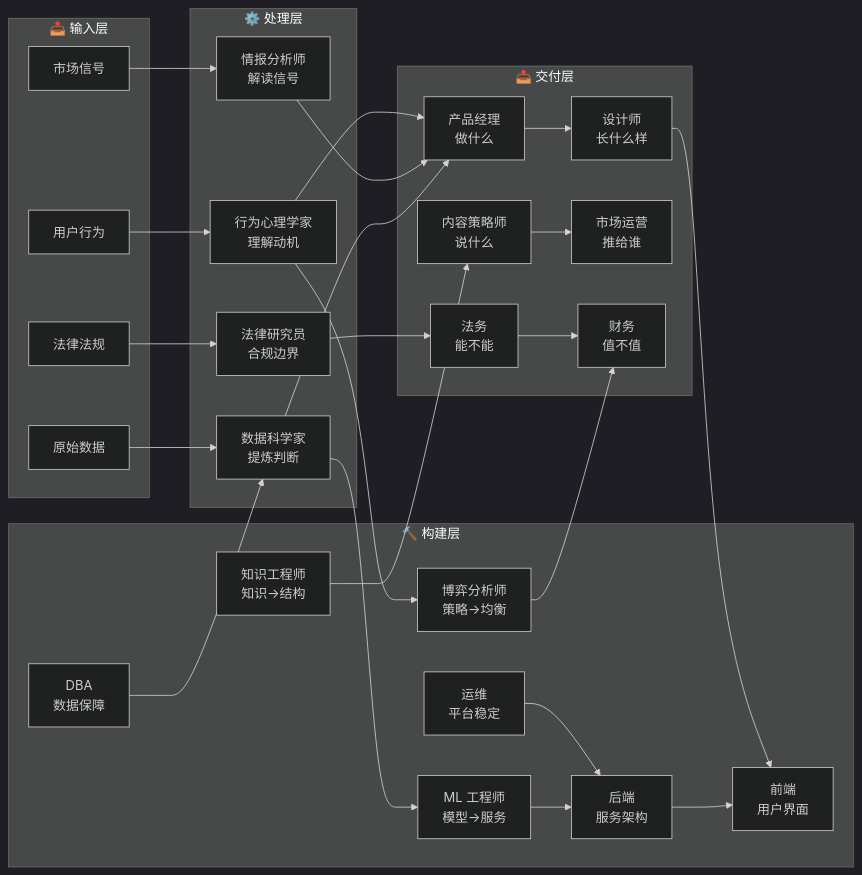
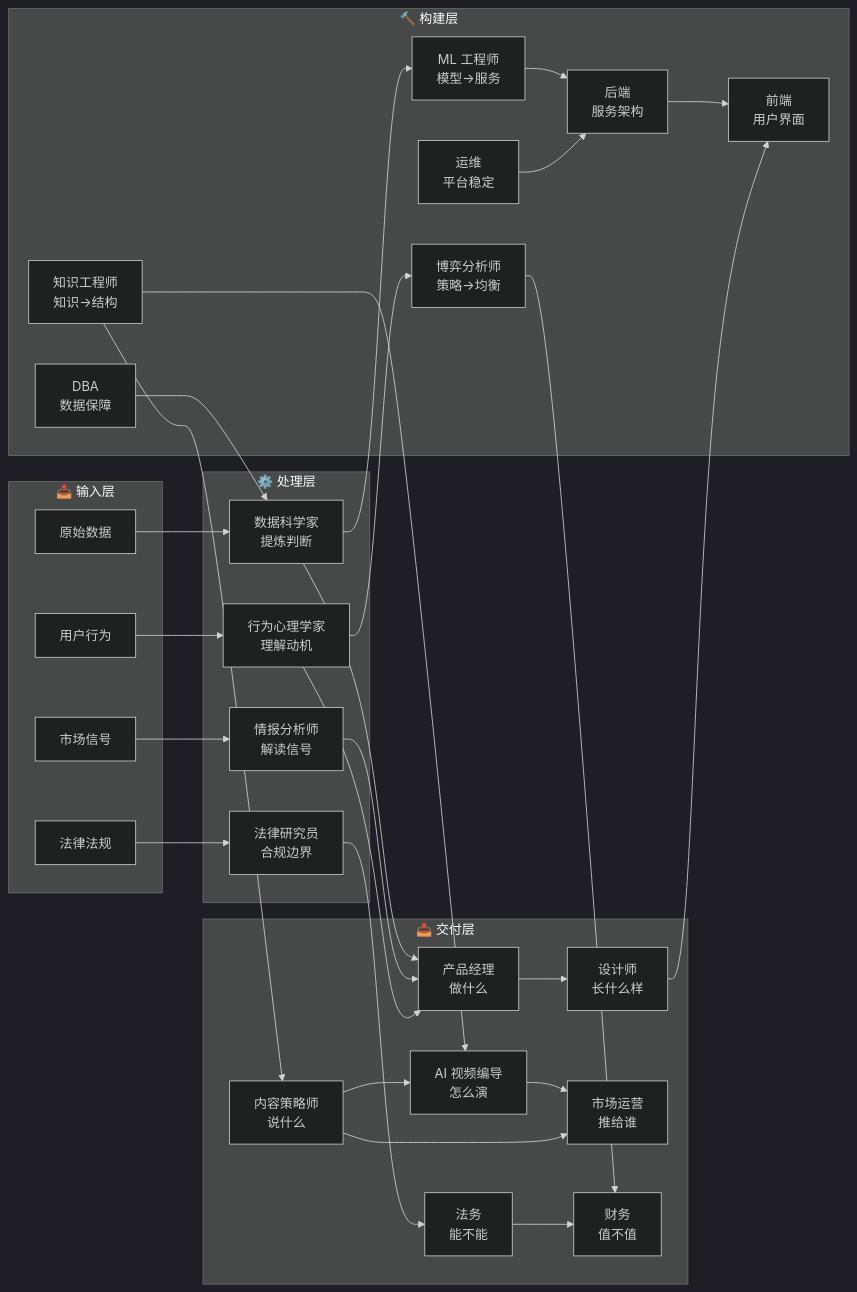
Before and after one commit to zhizhunbao/aisd: the second of 4 diagrams in knowledge-map/README.md, drawn with Mermaid (dark theme). The commit also changed other lines of this file and 14 other files, not shown here.

````diff
--- a/knowledge-map/README.md
+++ b/knowledge-map/README.md
@@ -416,59 +449,63 @@
 ```mermaid
 graph LR
     subgraph INPUT["📥 输入层"]
         DATA["原始数据"]
         MARKET["市场信号"]
         USER["用户行为"]
         LAW["法律法规"]
     end
 
     subgraph PROCESS["⚙️ 处理层"]
         DS["数据科学家<br/>提炼判断"]
         INT["情报分析师<br/>解读信号"]
         BP["行为心理学家<br/>理解动机"]
         CLR["法律研究员<br/>合规边界"]
     end
 
     subgraph BUILD["🔨 构建层"]
         MLE["ML 工程师<br/>模型→服务"]
         KE["知识工程师<br/>知识→结构"]
         GT["博弈分析师<br/>策略→均衡"]
         BE["后端<br/>服务架构"]
         FE["前端<br/>用户界面"]
         DBA1["DBA<br/>数据保障"]
         DO["运维<br/>平台稳定"]
     end
 
     subgraph DELIVER["📤 交付层"]
         PM["产品经理<br/>做什么"]
         UX["设计师<br/>长什么样"]
         CS["内容策略师<br/>说什么"]
+        VD["AI 视频编导<br/>怎么演"]
         MK["市场运营<br/>推给谁"]
         FN["财务<br/>值不值"]
         LG["法务<br/>能不能"]
     end
 
     DATA --> DS
     MARKET --> INT
     USER --> BP
     LAW --> CLR
 
     DS --> MLE
     DS --> PM
     INT --> PM
     BP --> PM
     BP --> GT
     CLR --> LG
 
     MLE --> BE
     KE --> CS
+    KE --> VD
     GT --> FN
     BE --> FE
     DBA1 --> DS
     DO --> BE
 
     PM --> UX
     UX --> FE
+    CS --> VD
+    VD --> MK
     CS --> MK
     LG --> FN
 ```
````
